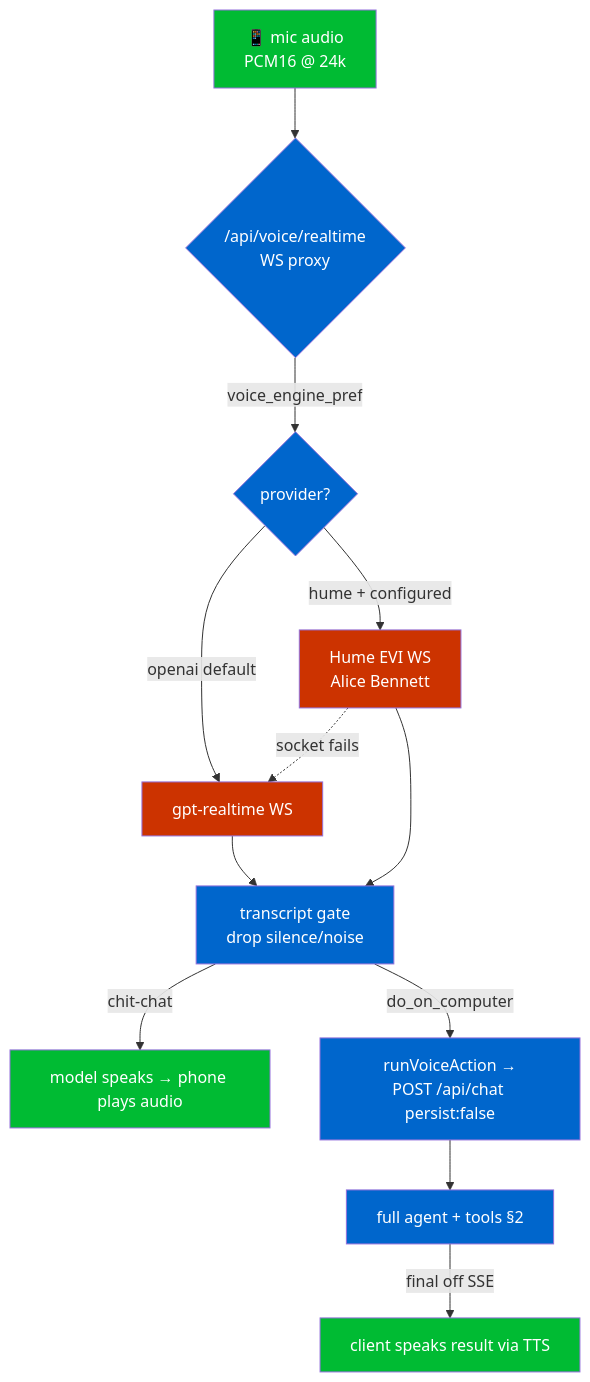
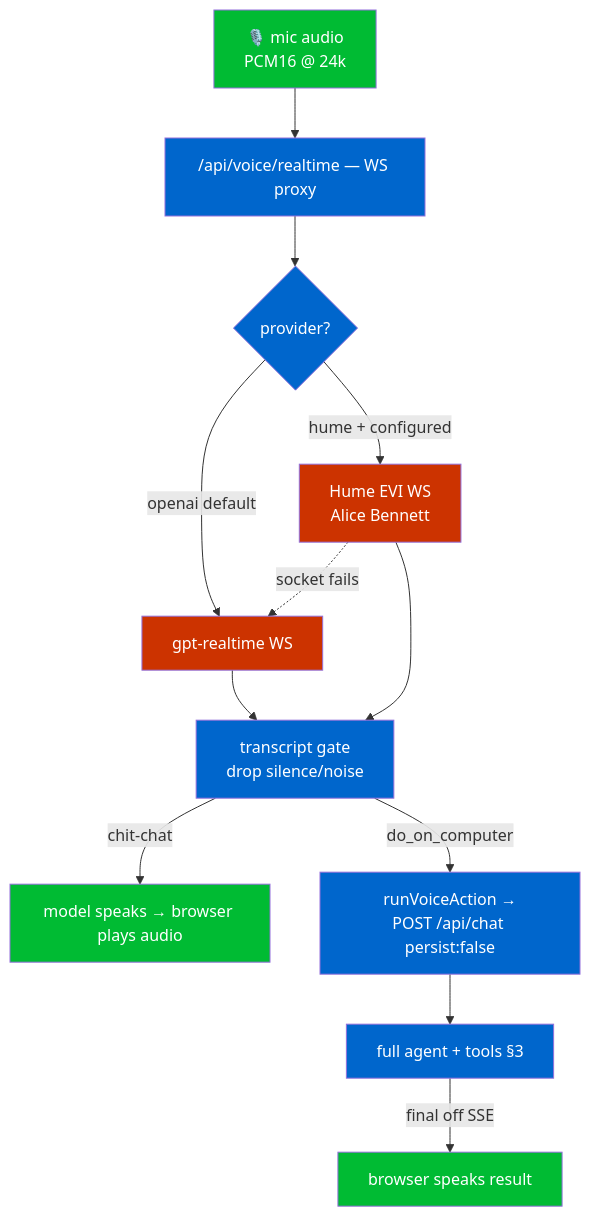
One commit to NikoloziGagua/AVA changed the sixth of 7 diagrams in docs/ARCHITECTURE.md. Above: the diagram before and after it, drawn with Mermaid. The commit also changed other lines of this file and 10 other files, not shown here.

````diff
--- a/docs/ARCHITECTURE.md
+++ b/docs/ARCHITECTURE.md
@@ -293,22 +286,19 @@
 ```mermaid
 flowchart TB
-  mic[📱 mic audio<br/>PCM16 @ 24k]:::client
-  proxy{/api/voice/realtime<br/>WS proxy}:::server
+  mic[🎙️ mic audio<br/>PCM16 @ 24k]:::client
+  proxy["/api/voice/realtime — WS proxy"]:::server
   mic --> proxy
-  proxy -->|voice_engine_pref| branch{provider?}:::server
-
+  proxy --> branch{provider?}:::server
   branch -->|openai default| oai[gpt-realtime WS]:::paid
   branch -->|hume + configured| hume[Hume EVI WS<br/>Alice Bennett]:::paid
   hume -. socket fails .-> oai
-
   oai --> gate[transcript gate<br/>drop silence/noise]:::server
   hume --> gate
-  gate -->|chit-chat| speak[model speaks → phone plays audio]:::client
+  gate -->|chit-chat| speak[model speaks → browser plays audio]:::client
   gate -->|do_on_computer| handoff[runVoiceAction →<br/>POST /api/chat persist:false]:::server
-  handoff --> agent[full agent + tools §2]:::server
-  agent -->|final off SSE| tts[client speaks result via TTS]:::client
-
+  handoff --> agent[full agent + tools §3]:::server
+  agent -->|final off SSE| tts[browser speaks result]:::client
   classDef client fill:#0b3,color:#fff
   classDef server fill:#06c,color:#fff
   classDef paid fill:#c30,color:#fff
 ```
````
